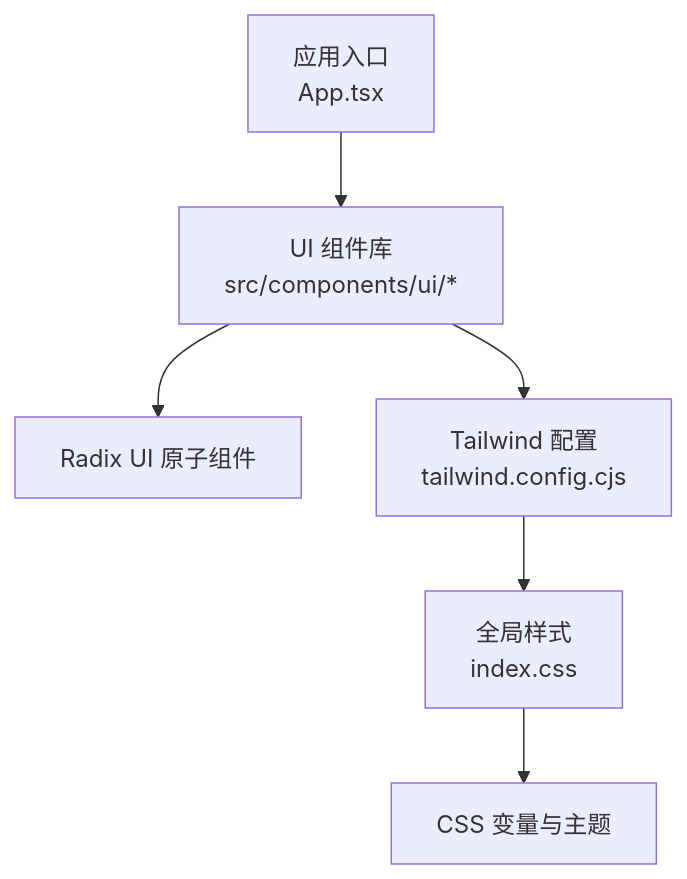
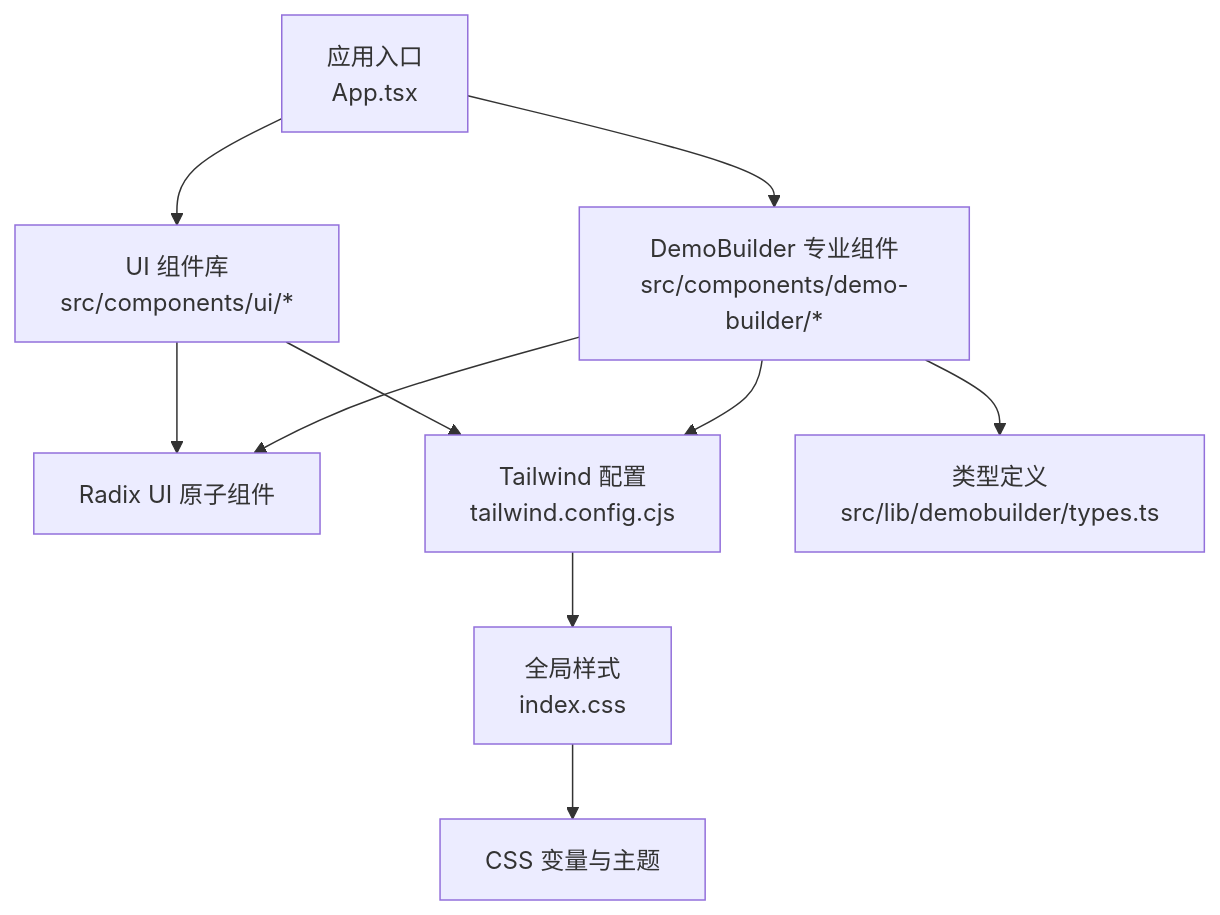
One commit to zhanggmin/openscreen changed the second of 23 diagrams in .qoder/repowiki/zh/content/UI组件库/UI组件库.md. Above: the diagram before and after it, drawn with Mermaid. The commit also changed other lines of this file and 87 other files, not shown here.

````diff
--- a/.qoder/repowiki/zh/content/UI组件库/UI组件库.md
+++ b/.qoder/repowiki/zh/content/UI组件库/UI组件库.md
@@ -150,14 +182,20 @@
 ```mermaid
 graph TB
 app["应用入口<br/>App.tsx"]
 ui["UI 组件库<br/>src/components/ui/*"]
+demo["DemoBuilder 专业组件<br/>src/components/demo-builder/*"]
 radix["Radix UI 原子组件"]
 twcfg["Tailwind 配置<br/>tailwind.config.cjs"]
 css["全局样式<br/>index.css"]
 vars["CSS 变量与主题"]
+types["类型定义<br/>src/lib/demobuilder/types.ts"]
 app --> ui
+app --> demo
 ui --> radix
+demo --> radix
 ui --> twcfg
+demo --> twcfg
 twcfg --> css
 css --> vars
+demo --> types
 ```
````
